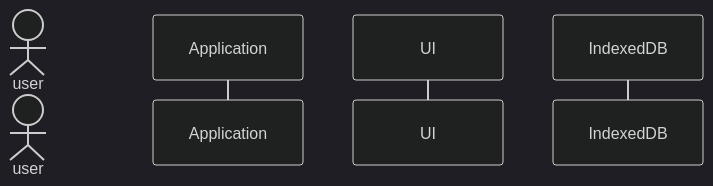
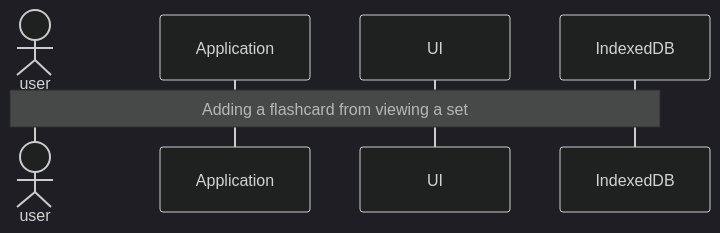
One commit to Henry-WK/henry-wk.github.io changed the diagram in mermaid.md. Above: the diagram before and after it, drawn with Mermaid (dark theme).

````diff
--- a/mermaid.md
+++ b/mermaid.md
@@ -1,7 +1,9 @@
 ```mermaid
   sequenceDiagram
   actor user
   participant app as Application
   participant UI as UI
   participant db as IndexedDB
+
+  Note over user,db: Adding a flashcard from viewing a set
 ```
````
